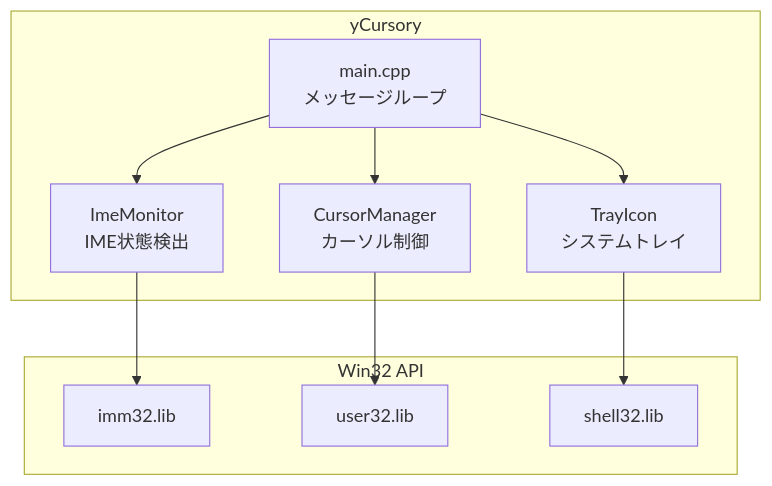
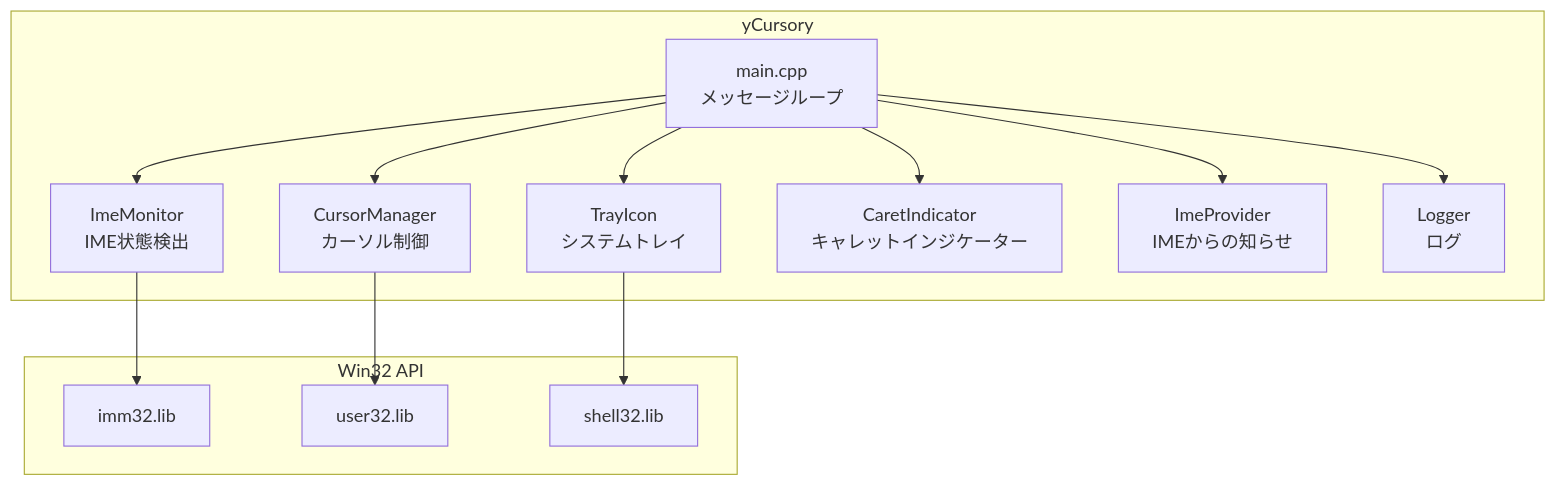
Before and after one commit to ycookiey/yCursory: the first of 6 diagrams in docs/architecture.md, drawn with Mermaid. The commit also changed other lines of this file and 9 other files, not shown here.

````diff
--- a/docs/architecture.md
+++ b/docs/architecture.md
@@ -7,22 +7,28 @@
 ```mermaid
 flowchart TB
     subgraph App["yCursory"]
         Main["main.cpp<br/>メッセージループ"]
         IME["ImeMonitor<br/>IME状態検出"]
         Cursor["CursorManager<br/>カーソル制御"]
         Tray["TrayIcon<br/>システムトレイ"]
+        Caret["CaretIndicator<br/>キャレットインジケーター"]
+        Provider["ImeProvider<br/>IMEからの知らせ"]
+        Log["Logger<br/>ログ"]
     end
     
     subgraph WinAPI["Win32 API"]
         IMM["imm32.lib"]
         User["user32.lib"]
         Shell["shell32.lib"]
     end
     
     Main --> IME
     Main --> Cursor
     Main --> Tray
+    Main --> Caret
+    Main --> Provider
+    Main --> Log
     IME --> IMM
     Cursor --> User
     Tray --> Shell
 ```
````
